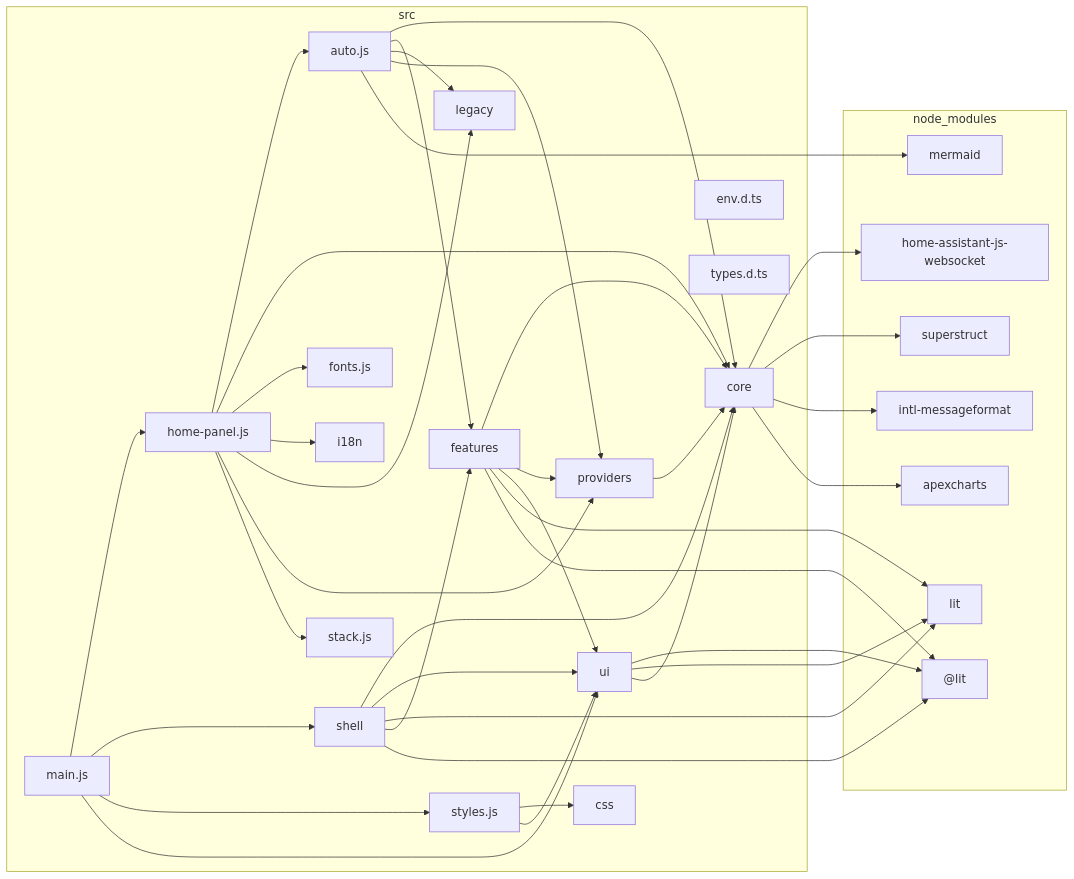
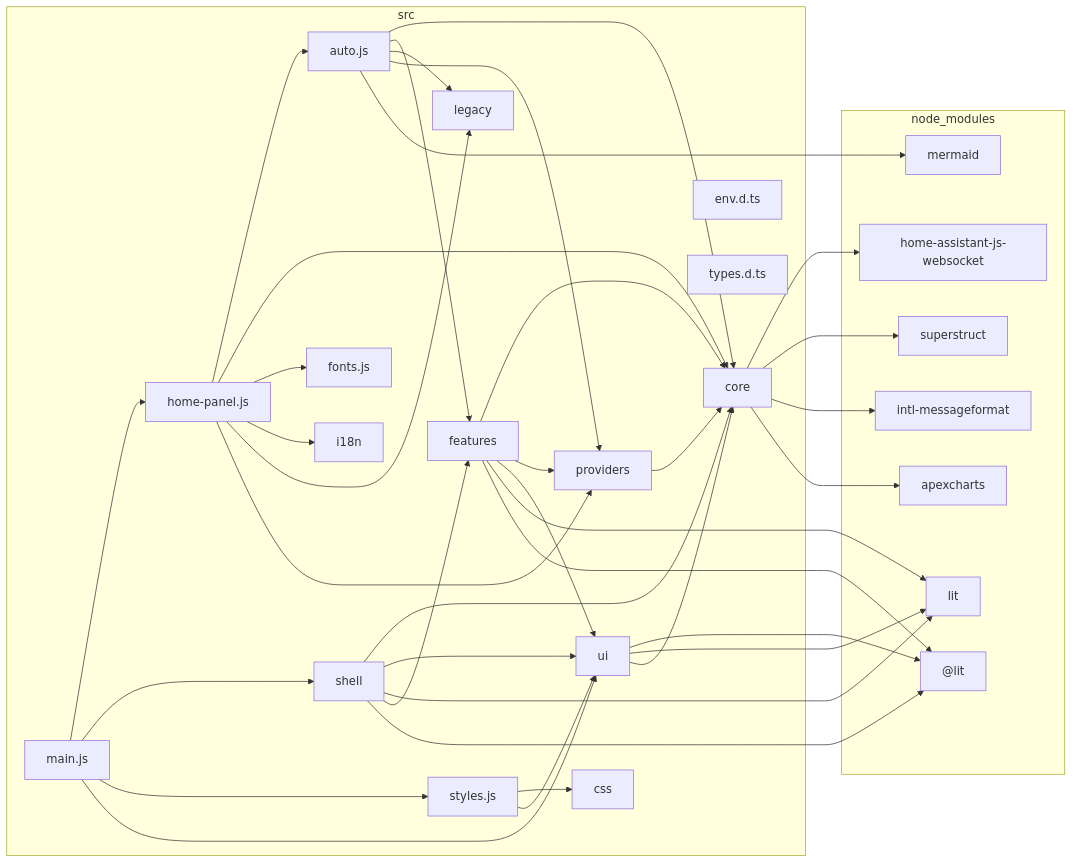
Before and after one commit to pldelisle/ha-home-panel: the diagram in docs/architecture/dependency-graph.md, drawn with Mermaid. The commit also changed 39 other files, not shown here.

````diff
--- a/docs/architecture/dependency-graph.md
+++ b/docs/architecture/dependency-graph.md
@@ -5,67 +5,65 @@
 ```mermaid
 flowchart LR
 
 subgraph 0["node_modules"]
 1["@lit"]
 2["apexcharts"]
 3["home-assistant-js-websocket"]
 4["intl-messageformat"]
 5["lit"]
 6["mermaid"]
 7["superstruct"]
 end
 subgraph 8["src"]
 9["auto.js"]
 A["core"]
 B["css"]
 C["env.d.ts"]
 D["features"]
 E["fonts.js"]
 F["home-panel.js"]
 G["i18n"]
 H["legacy"]
 I["main.js"]
 J["providers"]
 K["shell"]
-L["stack.js"]
-M["styles.js"]
-N["types.d.ts"]
-O["ui"]
+L["styles.js"]
+M["types.d.ts"]
+N["ui"]
 end
 9-->A
 9-->D
 9-->H
 9-->J
 9-->6
 A-->3
 A-->7
 A-->4
 A-->2
 D-->A
 D-->J
-D-->O
+D-->N
 D-->5
 D-->1
 F-->9
 F-->A
 F-->E
 F-->G
 F-->H
 F-->J
-F-->L
 I-->F
 I-->K
-I-->M
-I-->O
+I-->L
+I-->N
 J-->A
 K-->A
-K-->O
+K-->N
 K-->5
 K-->D
 K-->1
-M-->B
-M-->O
-O-->1
-O-->5
-O-->A
+L-->B
+L-->N
+N-->1
+N-->5
+N-->A
 ```
````
